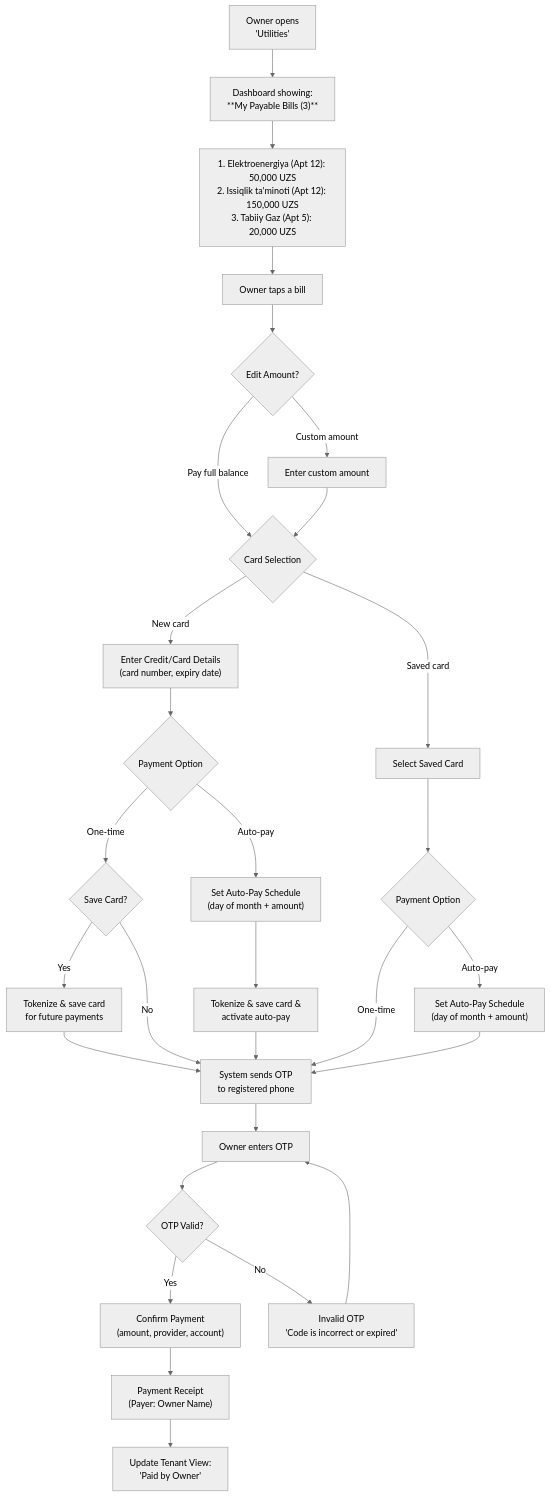
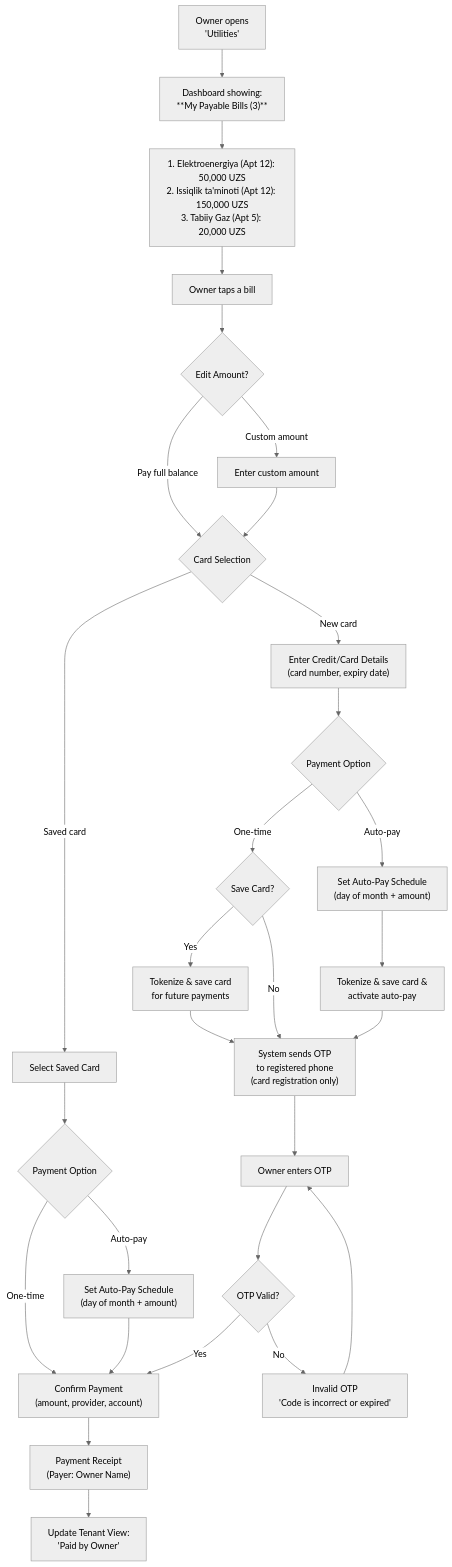
One commit to saodatm-dev/Utilities---Informational-Architecture changed diagram 11 of 11 in Utilities - Business Owner.md. Above: the diagram before and after it, drawn with Mermaid (neutral theme). The commit also changed other lines of this file and 1 other file, not shown here.

Commit message:
feat: Introduce categorized utility selection and refine OTP requirement to card registration only.

````diff
--- a/Utilities - Business Owner.md
+++ b/Utilities - Business Owner.md
@@ -318,37 +320,37 @@
 ```mermaid
 flowchart TD
     OPEN["Owner opens<br/>'Utilities'"] --> DASH["Dashboard showing:<br/>**My Payable Bills (3)**"]
 
     DASH --> LIST["1. Elektroenergiya (Apt 12): 50,000 UZS<br/>2. Issiqlik ta'minoti (Apt 12): 150,000 UZS<br/>3. Tabiiy Gaz (Apt 5): 20,000 UZS"]
 
     LIST --> SELECT["Owner taps a bill"]
 
     SELECT --> EDIT_AMT{"Edit Amount?"}
     EDIT_AMT -->|"Pay full balance"| CARD_CHOICE{"Card Selection"}
     EDIT_AMT -->|"Custom amount"| CUSTOM_AMT["Enter custom amount"] --> CARD_CHOICE
 
     CARD_CHOICE -->|"New card"| NEW_CARD["Enter Credit/Card Details<br/>(card number, expiry date)"]
     CARD_CHOICE -->|"Saved card"| SAVED_CARD["Select Saved Card"]
 
     NEW_CARD --> PAY_OPTS_NEW{"Payment Option"}
     PAY_OPTS_NEW -->|"One-time"| SAVE_CARD{"Save Card?"}
     SAVE_CARD -->|"Yes"| TOKENIZE["Tokenize & save card<br/>for future payments"] --> SEND_OTP
     SAVE_CARD -->|"No"| SEND_OTP
     PAY_OPTS_NEW -->|"Auto-pay"| SCHEDULE_NEW["Set Auto-Pay Schedule<br/>(day of month + amount)"]
     SCHEDULE_NEW --> AUTO_SAVE["Tokenize & save card &<br/>activate auto-pay"] --> SEND_OTP
 
     SAVED_CARD --> PAY_OPTS_SAVED{"Payment Option"}
-    PAY_OPTS_SAVED -->|"One-time"| SEND_OTP
-    PAY_OPTS_SAVED -->|"Auto-pay"| SCHEDULE_SAVED["Set Auto-Pay Schedule<br/>(day of month + amount)"] --> SEND_OTP
+    PAY_OPTS_SAVED -->|"One-time"| CONFIRM
+    PAY_OPTS_SAVED -->|"Auto-pay"| SCHEDULE_SAVED["Set Auto-Pay Schedule<br/>(day of month + amount)"] --> CONFIRM
 
-    SEND_OTP["System sends OTP<br/>to registered phone"]
+    SEND_OTP["System sends OTP<br/>to registered phone<br/>(card registration only)"]
     SEND_OTP --> ENTER_OTP["Owner enters OTP"]
     ENTER_OTP --> OTP_CHECK{"OTP Valid?"}
 
     OTP_CHECK -->|"Yes"| CONFIRM["Confirm Payment<br/>(amount, provider, account)"]
     OTP_CHECK -->|"No"| OTP_ERROR["Invalid OTP<br/>'Code is incorrect or expired'"]
     OTP_ERROR --> ENTER_OTP
 
     CONFIRM --> RECEIPT["Payment Receipt<br/>(Payer: Owner Name)"]
     RECEIPT --> UPDATE["Update Tenant View:<br/>'Paid by Owner'"]
 ```
````
